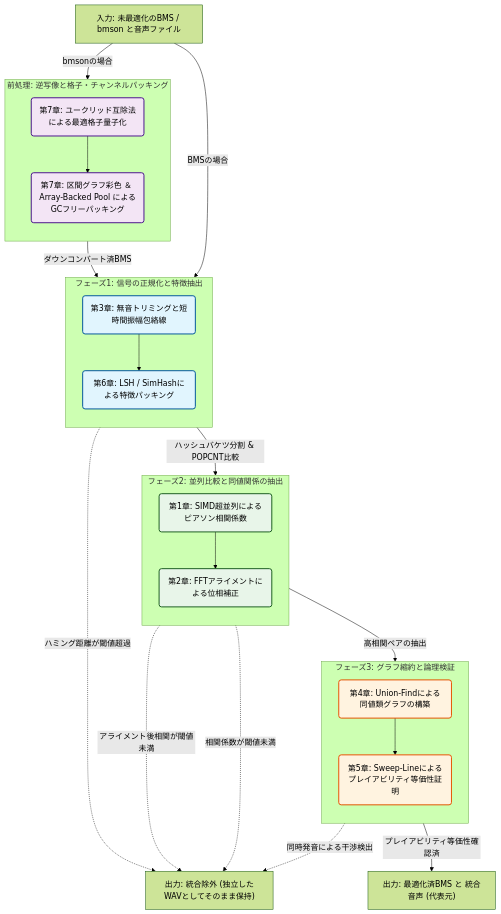
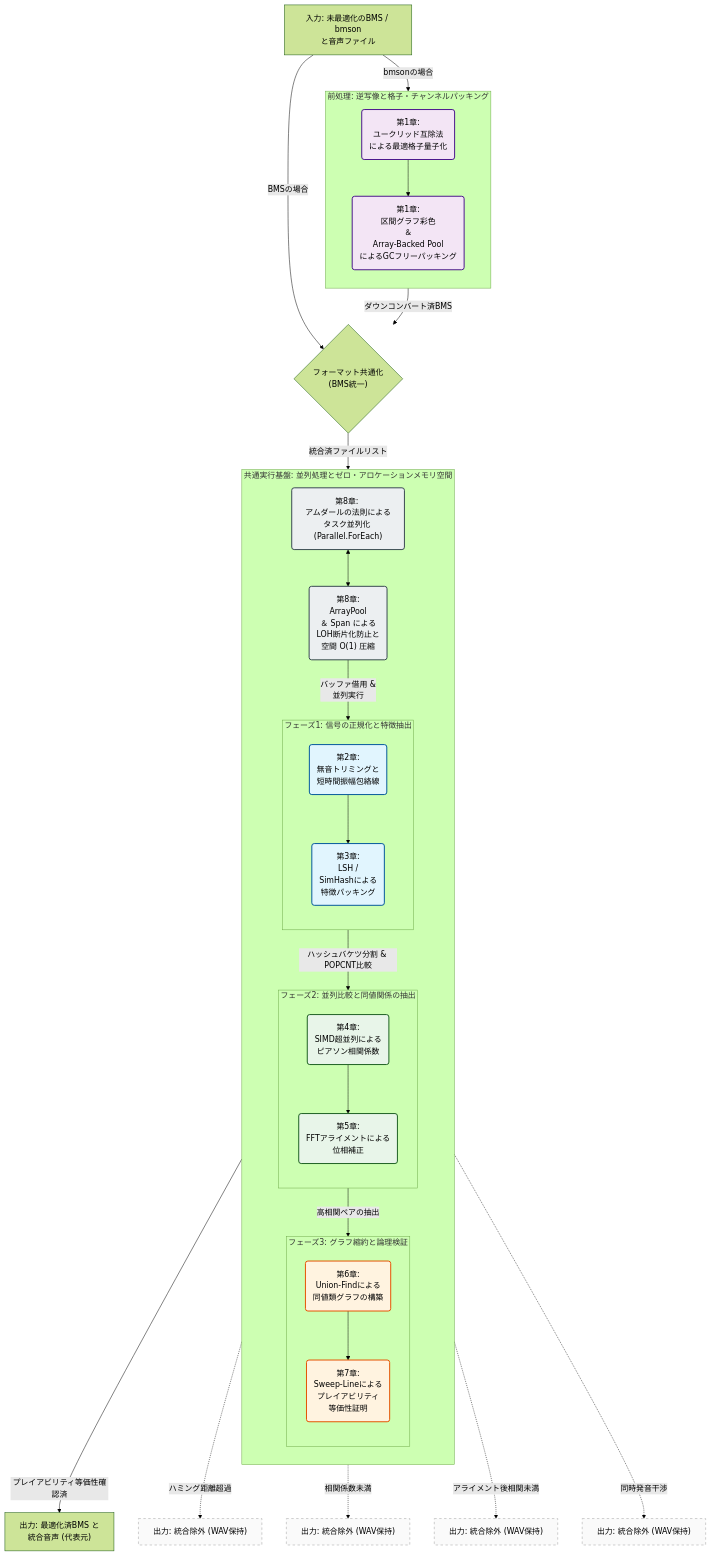
Before and after one commit to bms-atelier-kyokufu/BmsPartTuner: the diagram in docs/teach/index.md, drawn with Mermaid (forest theme). The commit also changed other lines of this file and 12 other files, not shown here.

First line of the commit message:
docs(teach): 章構成の再編成とアーキテクチャ図の更新

````diff
--- a/docs/teach/index.md
+++ b/docs/teach/index.md
@@ -117,57 +117,80 @@
 ```mermaid
 flowchart TB
     %% 1. グローバル起点
-    A["入力: 未最適化のBMS / bmson と音声ファイル"]
+    A["入力: 未最適化のBMS / bmson<br>と音声ファイル"]
 
     %% 2. 前処理フェーズ (bmsonの場合のみ)
     subgraph Phase4 ["前処理: 逆写像と格子・チャンネルパッキング"]
         direction TB
-        I("第7章: ユークリッド互除法による最適格子量子化")
-        J("第7章: 区間グラフ彩色 ＆ Array-Backed Pool によるGCフリーパッキング")
+        I("第1章: <br>ユークリッド互除法<br>による最適格子量子化")
+        J("第1章: <br>区間グラフ彩色 <br>＆<br>Array-Backed Pool <br>によるGCフリーパッキング")
         I --> J
     end
 
-    %% 3. 最適化パイプラインの定義
-    subgraph Phase1 ["フェーズ1: 信号の正規化と特徴抽出"]
+    %% 3. 並列実行・メモリプール基盤
+    subgraph Platform ["共通実行基盤: 並列処理とゼロ・アロケーションメモリ空間"]
         direction TB
-        B("第3章: 無音トリミングと短時間振幅包絡線")
-        C("第6章: LSH / SimHashによる特徴パッキング")
-        B --> C
+        K("第8章: <br>アムダールの法則による<br>タスク並列化 (Parallel.ForEach)")
+        L("第8章: <br>ArrayPool <br>＆ Span による<br>LOH断片化防止と<br>空間 O(1) 圧縮")
+        K <--> L
+
+        %% 4. 最適化パイプラインの定義 (基盤上で実行される)
+        subgraph Phase1 ["フェーズ1: 信号の正規化と特徴抽出"]
+            direction TB
+            B("第2章:<br> 無音トリミングと<br>短時間振幅包絡線")
+            C("第3章:<br> LSH /<br> SimHashによる<br>特徴パッキング")
+            B --> C
+        end
+
+        subgraph Phase2 ["フェーズ2: 並列比較と同値関係の抽出"]
+            direction TB
+            D("第4章: <br>SIMD超並列による<br>ピアソン相関係数")
+            E("第5章: <br>FFTアライメントによる<br>位相補正")
+            D --> E
+        end
+
+        subgraph Phase3 ["フェーズ3: グラフ縮約と論理検証"]
+            direction TB
+            F("第6章: <br>Union-Findによる<br>同値類グラフの構築")
+            G("第7章: <br>Sweep-Lineによる<br>プレイアビリティ<br>等価性証明")
+            F --> G
+        end
+
+        %% 内部ノードを直接繋ぐことでメインの縦軸（体幹）を形成
+        L -->|"バッファ借用 & <br>並列実行"| B
+        C -->|"ハッシュバケツ分割 & POPCNT比較"| D
+        E -->|"高相関ペアの抽出"| F
     end
 
-    subgraph Phase2 ["フェーズ2: 並列比較と同値関係の抽出"]
-        direction TB
-        D("第1章: SIMD超並列によるピアソン相関係数")
-        E("第2章: FFTアライメントによる位相補正")
-        D --> E
-    end
+    %% 5. フローの結合と合流ノード
+    MergeNode{"フォーマット共通化<br>(BMS統一)"}
 
-    subgraph Phase3 ["フェーズ3: グラフ縮約と論理検証"]
-        direction TB
-        F("第4章: Union-Findによる同値類グラフの構築")
-        G("第5章: Sweep-Lineによるプレイアビリティ等価性証明")
-        F --> G
-    end
+    A -->|"bmsonの場合"| I
+    A -->|"BMSの場合"| MergeNode
+    J -->|"ダウンコンバート済BMS"| MergeNode
 
-    %% 4. フローの結合
-    A -->|"bmsonの場合"| I
-    A -->|"BMSの場合"| B
-    J -->|"ダウンコンバート済BMS"| B
+    MergeNode -->|"統合済ファイルリスト"| K
 
-    C -->|"ハッシュバケツ分割 & POPCNT比較"| D
-    E -->|"高相関ペアの抽出"| F
-
-    H["出力: 最適化済BMS と 統合音声 (代表元)"]
+    H["出力: 最適化済BMS と<br>統合音声 (代表元)"]
     G -->|"プレイアビリティ等価性確認済"| H
 
-    %% 5. 非類似・除外フロー (終端ノード)
-    Z["出力: 統合除外 (独立したWAVとしてそのまま保持)"]
-    C -.->|"ハミング距離が閾値超過"| Z
-    D -.->|"相関係数が閾値未満"| Z
-    E -.->|"アライメント後相関が閾値未満"| Z
-    G -.->|"同時発音による干渉検出"| Z
+    %% 6. 非類似・除外フロー (横へ逸れる分岐)
+    Z1["出力: 統合除外 (WAV保持)"]
+    Z2["出力: 統合除外 (WAV保持)"]
+    Z3["出力: 統合除外 (WAV保持)"]
+    Z4["出力: 統合除外 (WAV保持)"]
 
-    %% 6. スタイリング
+    C -.->|"ハミング距離超過"| Z1
+    D -.->|"相関係数未満"| Z2
+    E -.->|"アライメント後相関未満"| Z3
+    G -.->|"同時発音干渉"| Z4
+
+    style Z1 fill:#fafafa,stroke:#9e9e9e,stroke-dasharray: 5 5
+    style Z2 fill:#fafafa,stroke:#9e9e9e,stroke-dasharray: 5 5
+    style Z3 fill:#fafafa,stroke:#9e9e9e,stroke-dasharray: 5 5
+    style Z4 fill:#fafafa,stroke:#9e9e9e,stroke-dasharray: 5 5
+
+    %% 7. スタイリング
     style B fill:#e1f5fe,stroke:#01579b,stroke-width:2px
     style C fill:#e1f5fe,stroke:#01579b,stroke-width:2px
     style D fill:#e8f5e9,stroke:#1b5e20,stroke-width:2px
@@ -176,4 +199,6 @@
     style G fill:#fff3e0,stroke:#e65100,stroke-width:2px
     style I fill:#f3e5f5,stroke:#4a148c,stroke-width:2px
     style J fill:#f3e5f5,stroke:#4a148c,stroke-width:2px
+    style K fill:#eceff1,stroke:#37474f,stroke-width:2px
+    style L fill:#eceff1,stroke:#37474f,stroke-width:2px
 ```
````
